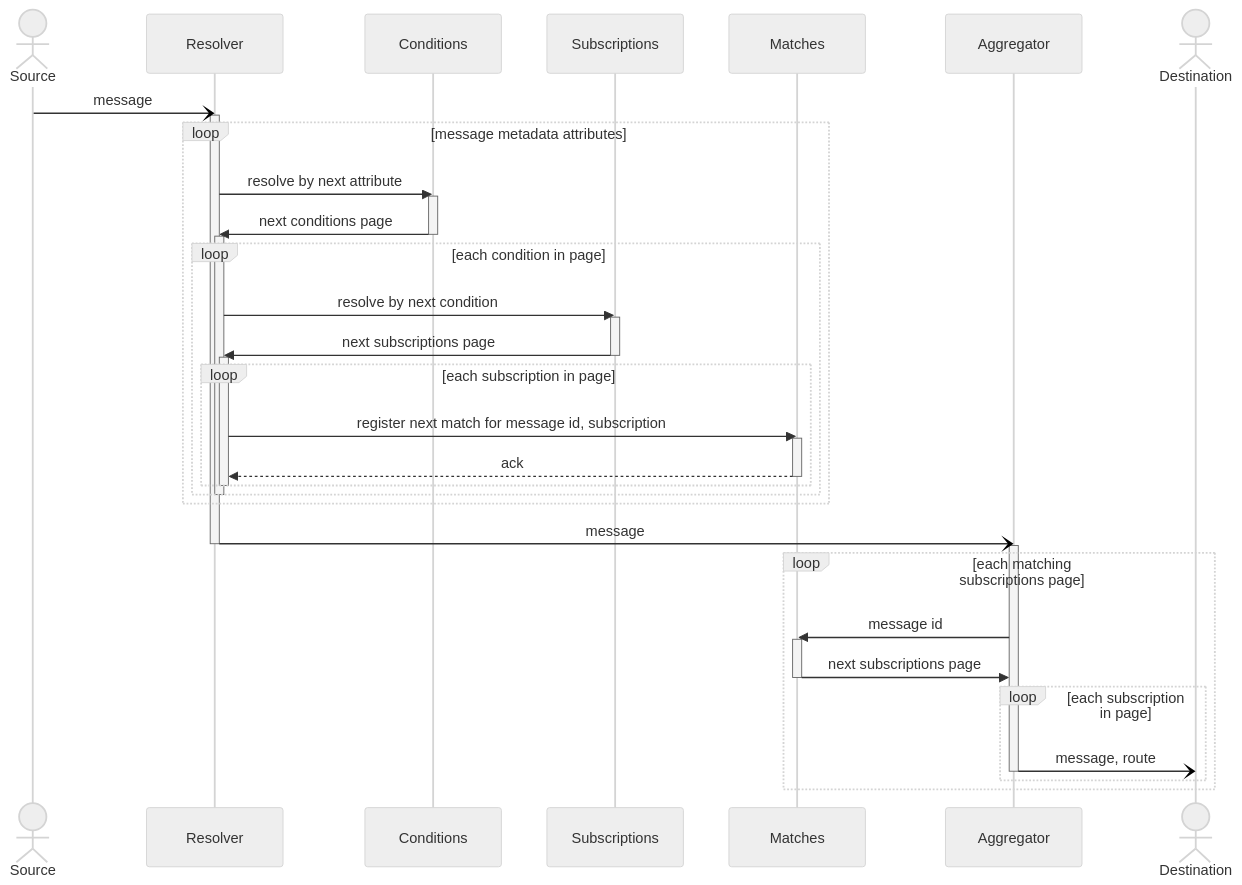
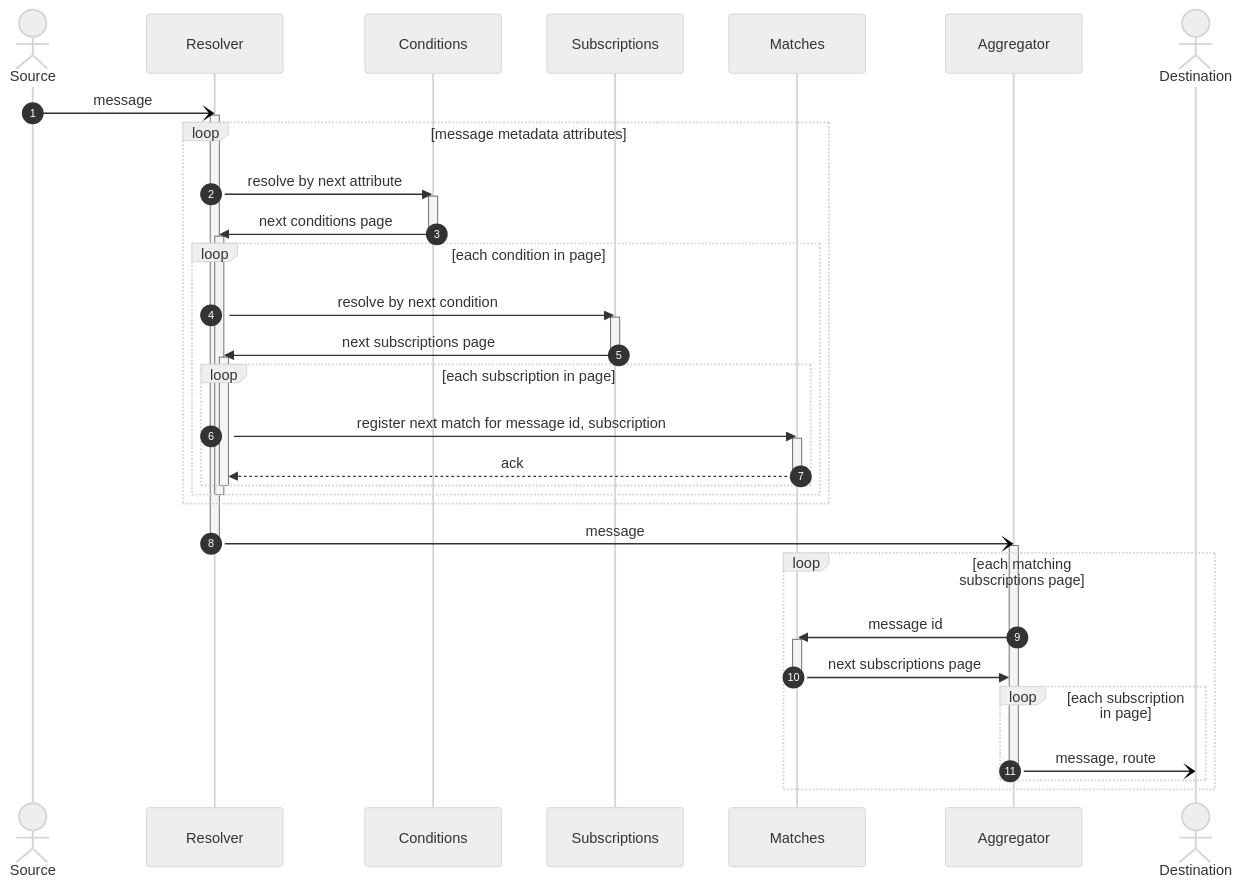
Before and after one commit to awakari/.github: the diagram in profile/README.md, drawn with Mermaid. The commit also changed other lines of this file, not shown here.

````diff
--- a/profile/README.md
+++ b/profile/README.md
@@ -78,61 +78,63 @@
 ```mermaid
 %%{init: {'theme': 'neutral' } }%%
 sequenceDiagram
+
+    autonumber
 
     actor Source
     participant Resolver
     participant Conditions
     participant Subscriptions
     participant Matches
     participant Aggregator
     actor Destination
 
     Source-)Resolver: message
     activate Resolver
     
     loop message metadata attributes
     
         Resolver->>Conditions: resolve by next attribute 
         activate Conditions
         Conditions->>Resolver: next conditions page
         deactivate Conditions
         
         activate Resolver
         loop each condition in page
             
             Resolver->>Subscriptions: resolve by next condition
             activate Subscriptions
             Subscriptions->>Resolver: next subscriptions page
             deactivate Subscriptions
             
             activate Resolver
             loop each subscription in page
                 Resolver->>Matches: register next match for message id, subscription
                 activate Matches
                 Matches-->>Resolver: ack
                 deactivate Matches
             end
             deactivate Resolver
             
         end
         deactivate Resolver
     end
         
     Resolver-)Aggregator: message
     deactivate Resolver
 
     activate Aggregator
     loop each matching subscriptions page
         
         Aggregator->>Matches: message id
         activate Matches
         Matches->>Aggregator: next subscriptions page
         deactivate Matches
         
         loop each subscription in page
             Aggregator-)Destination: message, route
             deactivate Aggregator
         end
         
     end
 ```
````
